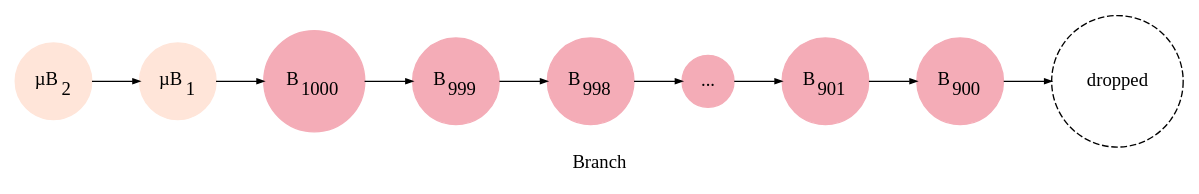
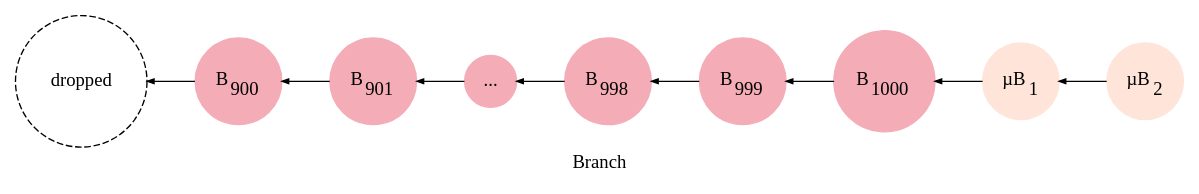
Before and after one commit to wavesplatform/matcher: the diagram in docs/images/wni-branch.dot, drawn with Graphviz. The commit also changed 1 other file, not shown here.

```diff
--- a/docs/images/wni-branch.dot
+++ b/docs/images/wni-branch.dot
@@ -1,19 +1,19 @@
 // @formatter:off
 digraph NodeBranch {
-  graph [label="Branch", newrank="true", rankdir=LR, compound=true]
+  graph [label="Branch", newrank="true", rankdir=RL, compound=true]
   node [shape="circle"]
   edge [fontsize=11, arrowsize=0.5]
 
   MB2 [label=<&micro;B<sub>2</sub>>, style="filled", color="#FFE5D9"]
   MB1 [label=<&micro;B<sub>1</sub>>, style="filled", color="#FFE5D9"]
 
   B1000 [label=<B<sub>1000</sub>>, style="filled", color="#F4ACB7"]
   B999 [label=<B<sub>999</sub>>, style="filled", color="#F4ACB7"]
   B998 [label=<B<sub>998</sub>>, style="filled", color="#F4ACB7"]
   Betc [label="...", style="filled", color="#F4ACB7"]
   B901 [label=<B<sub>901</sub>>, style="filled", color="#F4ACB7"]
   B900 [label=<B<sub>900</sub>>, style="filled", color="#F4ACB7"]
   B899 [label="dropped", style="dashed"]
 
   MB2 -> MB1 -> B1000 -> B999 -> B998 -> Betc -> B901 -> B900 -> B899
 }
```
